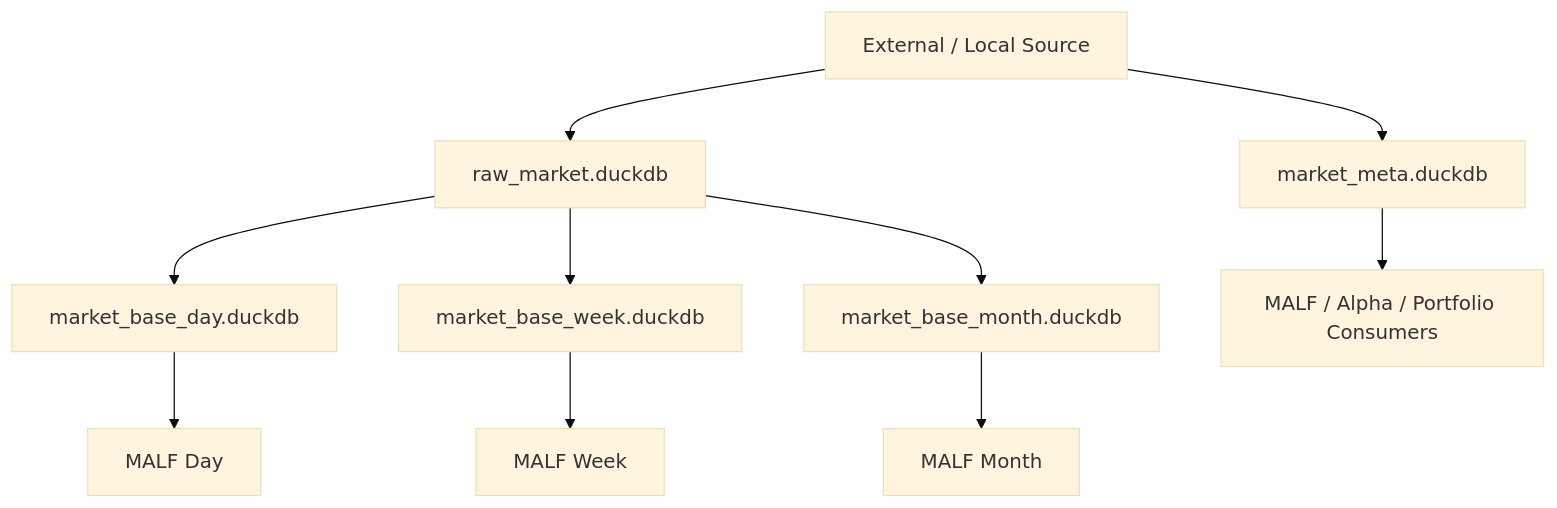
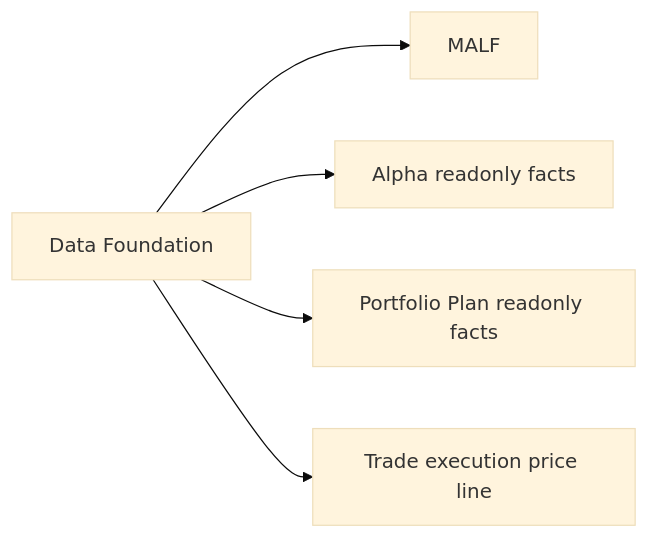
One commit to everything-is-simple/Asteria changed the diagram in docs/02-modules/01-data-foundation-design-v1.md. Above: the diagram before and after it, drawn with Mermaid (base theme). The commit also changed other lines of this file and 8 other files, not shown here.

Commit message:
docs: add data foundation draft set

````diff
--- a/docs/02-modules/01-data-foundation-design-v1.md
+++ b/docs/02-modules/01-data-foundation-design-v1.md
@@ -30,12 +46,7 @@
 ```mermaid
-flowchart TD
-    A[External / Local Source] --> B[raw_market.duckdb]
-    A --> C[market_meta.duckdb]
-    B --> D[market_base_day.duckdb]
-    B --> E[market_base_week.duckdb]
-    B --> F[market_base_month.duckdb]
-    C --> G[MALF / Alpha / Portfolio Consumers]
-    D --> H[MALF Day]
-    E --> I[MALF Week]
-    F --> J[MALF Month]
+flowchart LR
+    DF[Data Foundation] --> M[MALF]
+    DF --> A[Alpha readonly facts]
+    DF --> P[Portfolio Plan readonly facts]
+    DF --> T[Trade execution price line]
 ```
````
